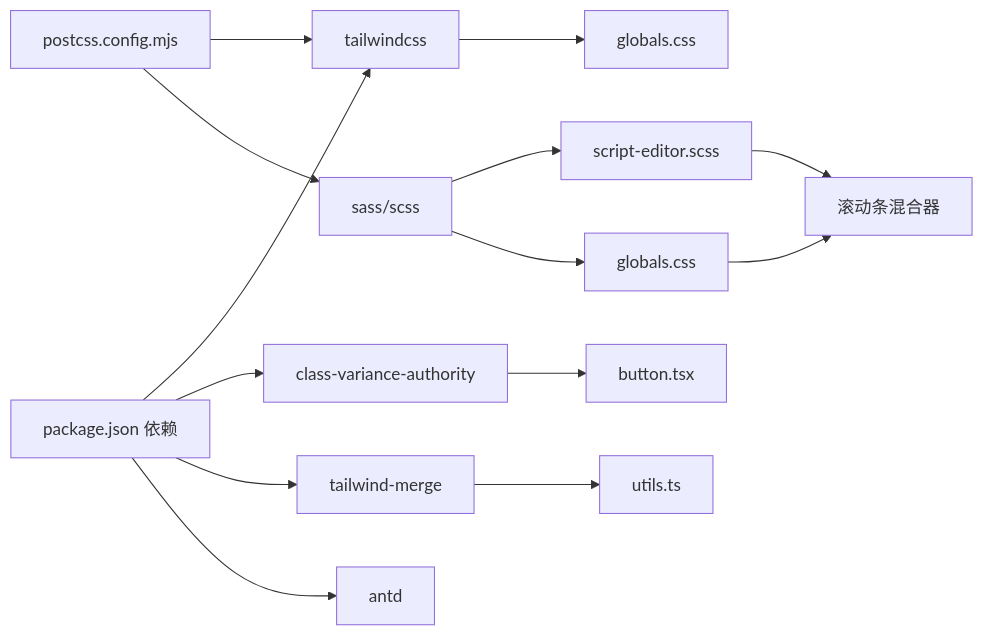
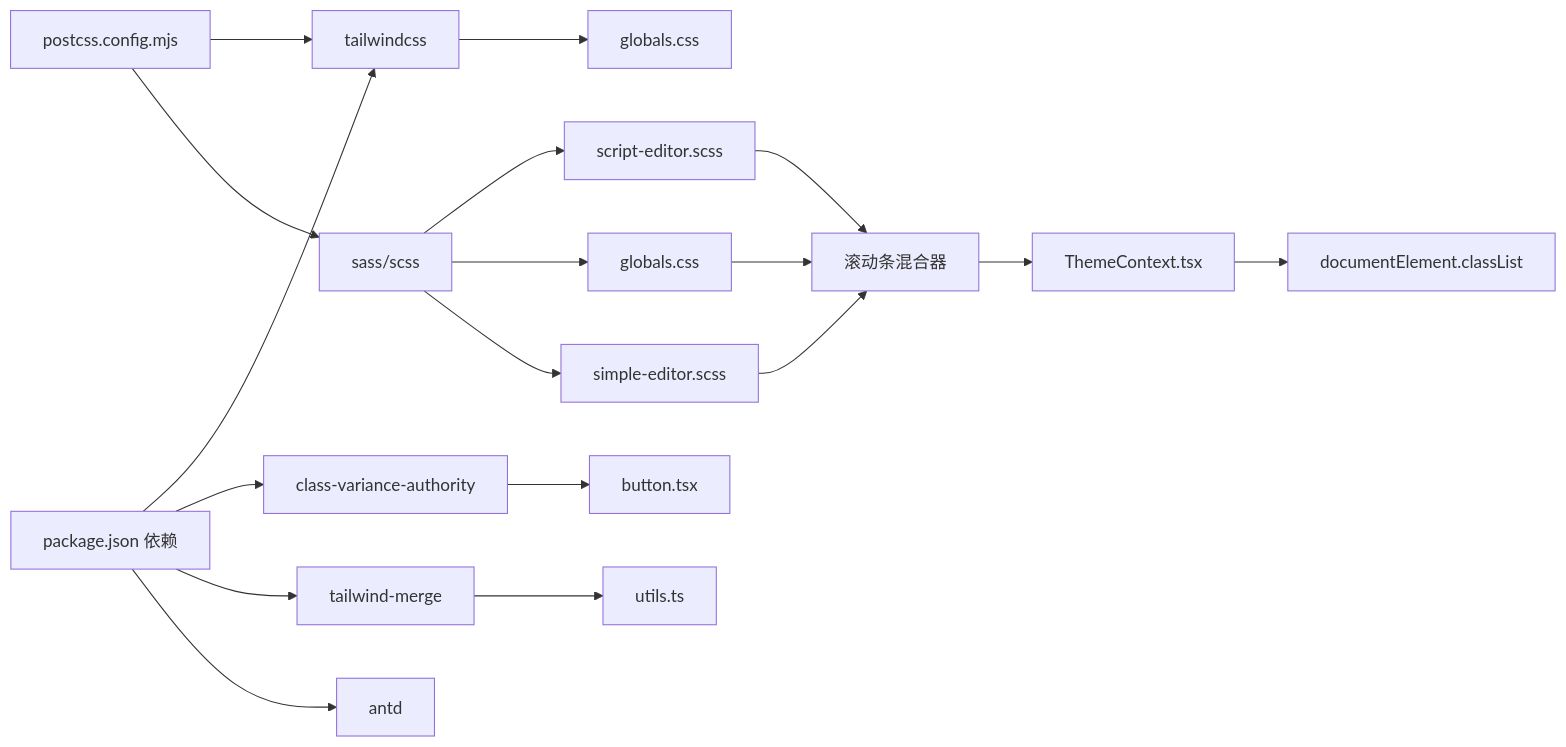
One commit to KunLabAI/KunFlix changed the tenth of 10 diagrams in .qoder/repowiki/zh/content/前端应用架构/UI组件库/主题与样式系统.md. Above: the diagram before and after it, drawn with Mermaid. The commit also changed other lines of this file and 15 other files, not shown here.

````diff
--- a/.qoder/repowiki/zh/content/前端应用架构/UI组件库/主题与样式系统.md
+++ b/.qoder/repowiki/zh/content/前端应用架构/UI组件库/主题与样式系统.md
@@ -387,16 +410,20 @@
 ```mermaid
 graph LR
 P["package.json 依赖"] --> TW["tailwindcss"]
 P --> CVA["class-variance-authority"]
 P --> TM["tailwind-merge"]
 P --> AD["antd"]
 PC["postcss.config.mjs"] --> TW
 PC --> SCSS["sass/scss"]
 TW --> GC["globals.css"]
 SCSS --> SE["script-editor.scss"]
 SCSS --> GS["globals.css"]
+SCSS --> ST["simple-editor.scss"]
 CVA --> BTN["button.tsx"]
 TM --> UT["utils.ts"]
 SE --> MIXIN["滚动条混合器"]
 GS --> MIXIN
+ST --> MIXIN
+MIXIN --> THEME["ThemeContext.tsx"]
+THEME --> DOM["documentElement.classList"]
 ```
````
